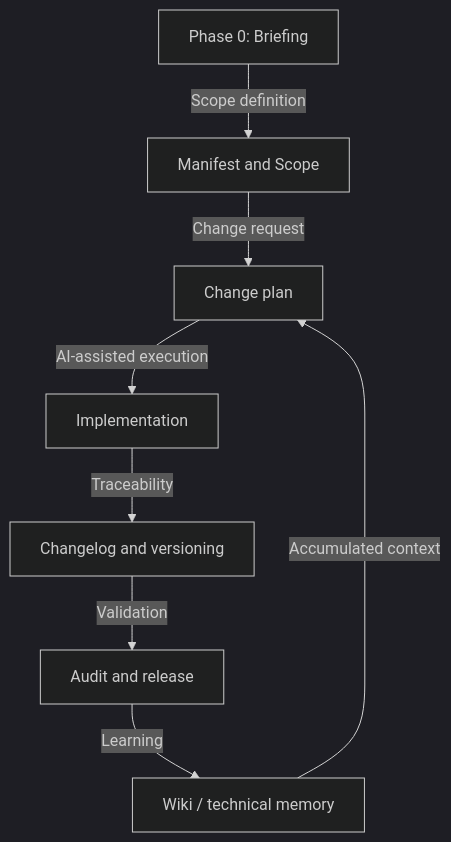
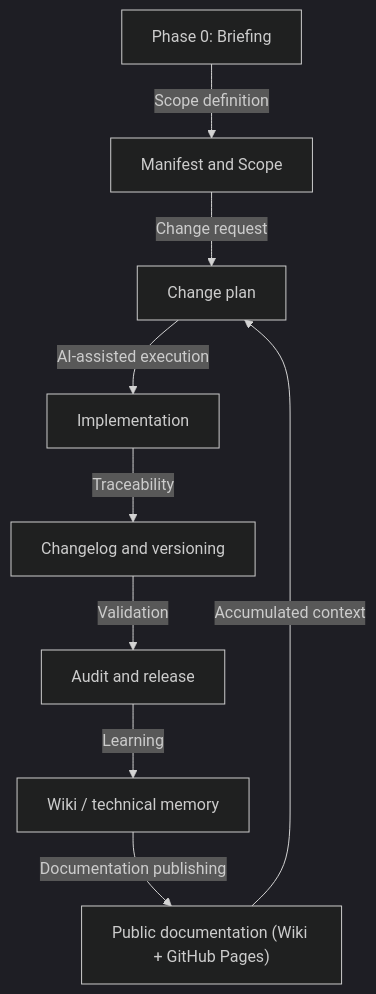
One commit to Sistema2D/FrameCode-VibeWork changed the second of 2 diagrams in README.md. Above: the diagram before and after it, drawn with Mermaid (dark theme). The commit also changed other lines of this file and 6 other files, not shown here.

Commit message:
docs: add local model sizing guidance and sync lifecycle publication flow

````diff
--- a/README.md
+++ b/README.md
@@ -173,10 +174,11 @@
 ```mermaid
 graph TD
     A["Phase 0: Briefing"] -->|"Scope definition"| B["Manifest and Scope"]
     B -->|"Change request"| C["Change plan"]
     C -->|"AI-assisted execution"| D["Implementation"]
     D -->|"Traceability"| E["Changelog and versioning"]
     E -->|"Validation"| F["Audit and release"]
     F -->|"Learning"| G["Wiki / technical memory"]
-    G -->|"Accumulated context"| C
+    G -->|"Documentation publishing"| H["Public documentation (Wiki + GitHub Pages)"]
+    H -->|"Accumulated context"| C
 ```
````
